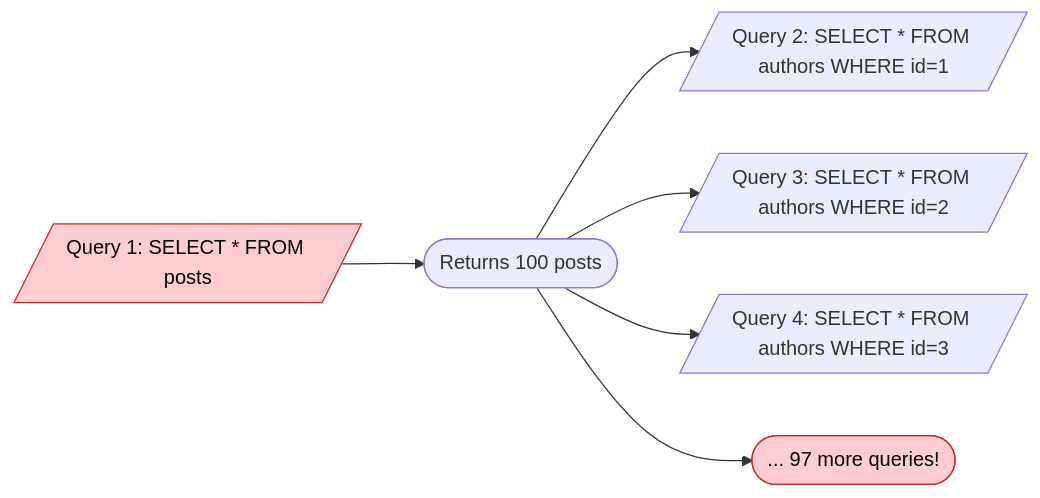
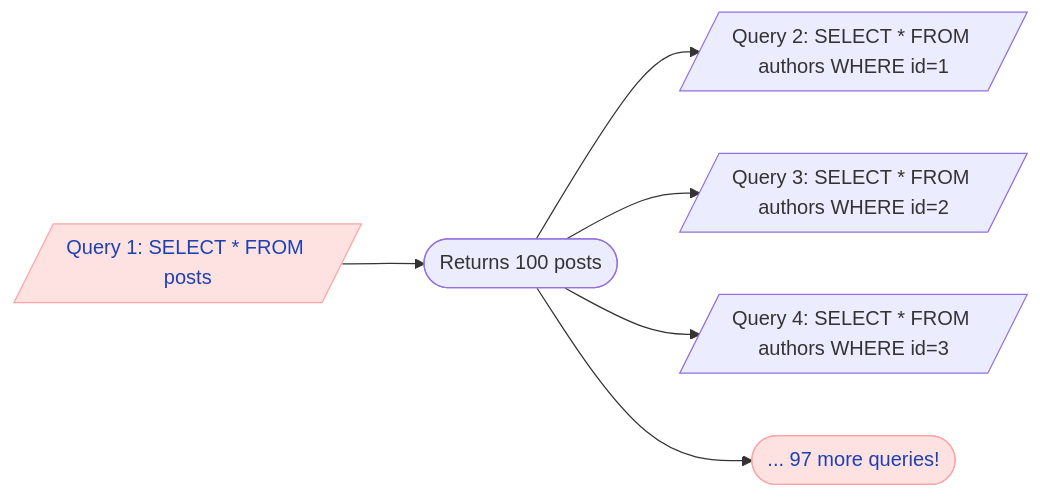
The fourth of 4 diagrams in docs/springboot/spring-data-jpa.md (saivamsikaruturi/vamsilabs-dev-notes-main), drawn with Mermaid before and after one commit. The commit also changed other lines of this file and 220 other files, not shown here.

First line of the commit message:
Add 50+ new Java/Spring Boot pages, rewrite CSS code blocks to Oracle style, fix all diagram colors

````diff
--- a/docs/springboot/spring-data-jpa.md
+++ b/docs/springboot/spring-data-jpa.md
@@ -423,11 +423,11 @@
 ```mermaid
 flowchart LR
     Q1[/"Query 1: SELECT * FROM posts"/] --> R(["Returns 100 posts"])
     R --> Q2[/"Query 2: SELECT * FROM authors WHERE id=1"/]
     R --> Q3[/"Query 3: SELECT * FROM authors WHERE id=2"/]
     R --> Q4[/"Query 4: SELECT * FROM authors WHERE id=3"/]
     R --> QN(["... 97 more queries!"])
 
-    style Q1 fill:#FFCDD2,stroke:#C62828,color:#000
-    style QN fill:#FFCDD2,stroke:#C62828,color:#000
+    style Q1 fill:#FEE2E2,stroke:#FCA5A5,color:#1E40AF
+    style QN fill:#FEE2E2,stroke:#FCA5A5,color:#1E40AF
 ```
````
